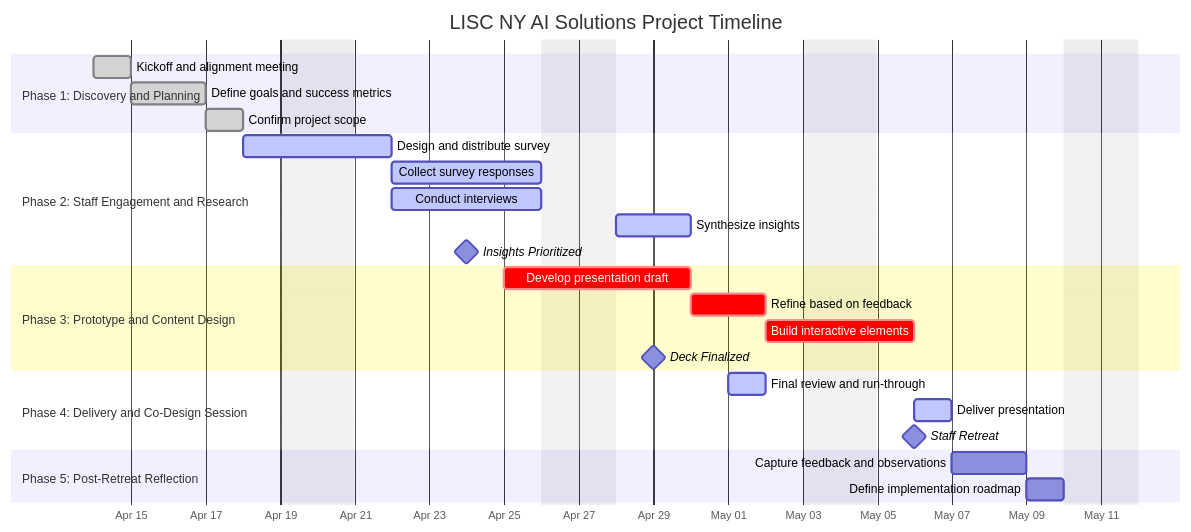
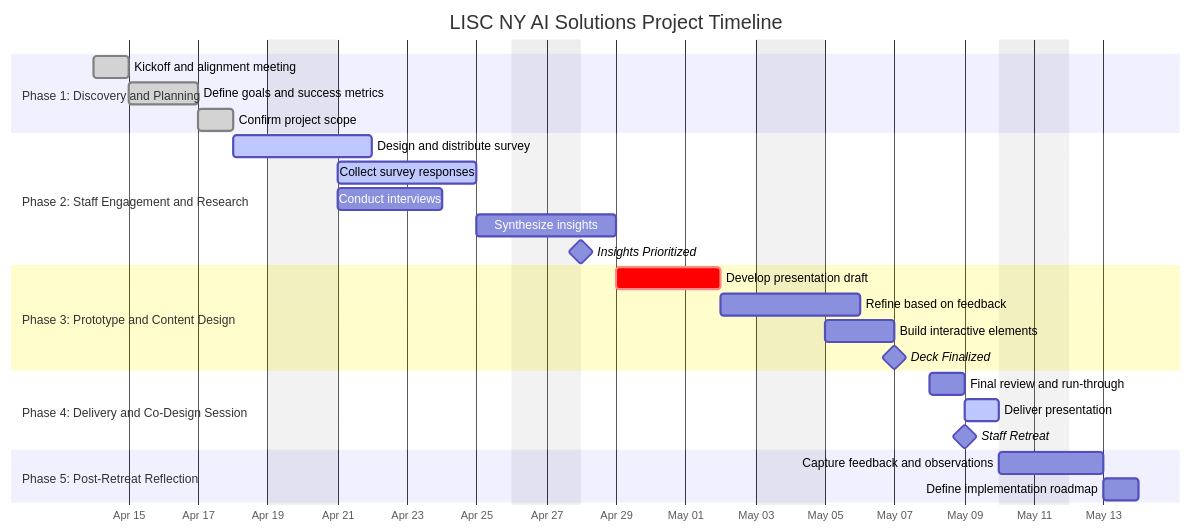
The diagram in docs/LISC_NY_AI_Project_Plan_HighLevel.md (jsaintfleur5/Nonprofit-AI-Platform-Analysis-), drawn with Mermaid before and after one commit.

````diff
--- a/docs/LISC_NY_AI_Project_Plan_HighLevel.md
+++ b/docs/LISC_NY_AI_Project_Plan_HighLevel.md
@@ -37,36 +37,35 @@
 ```mermaid
 gantt
     title LISC NY AI Solutions Project Timeline
     dateFormat  YYYY-MM-DD
     axisFormat  %b %d
     excludes    weekends
 
     section Phase 1: Discovery and Planning
     Kickoff and alignment meeting     :done, 2025-04-14, 1d
-    Define goals and success metrics  :done, after a1, 2d
-    Confirm project scope             :done, after a2, 1d
+    Define goals and success metrics  :done, 2025-04-15, 2d
+    Confirm project scope             :done, 2025-04-17, 1d
 
     section Phase 2: Staff Engagement and Research
     Design and distribute survey      :active, 2025-04-18, 2d
-    Collect survey responses          :active, after a4, 4d
-    Conduct interviews                :active, after a4, 4d
-    Synthesize insights               :active, after a5, 2d
-    Insights Prioritized              :milestone, 2025-04-24, 0d
+    Collect survey responses          :active, 2025-04-21, 4d
+    Conduct interviews                :2025-04-21, 3d
+    Synthesize insights               :2025-04-25, 2d
+    Insights Prioritized              :milestone, 2025-04-28, 0d
 
     section Phase 3: Prototype and Content Design
-    Develop presentation draft        :crit, 2025-04-25, 3d
-    Refine based on feedback          :crit, after a8, 2d
-    Build interactive elements        :crit, after a9, 2d
-    Deck Finalized                    :milestone, 2025-04-29, 0d
+    Develop presentation draft        :crit, 2025-04-29, 3d
+    Refine based on feedback          :2025-05-02, 2d
+    Build interactive elements        :2025-05-05, 2d
+    Deck Finalized                    :milestone, 2025-05-07, 0d
 
     section Phase 4: Delivery and Co-Design Session
-    Final review and run-through      :active, 2025-05-01, 1d
-    Deliver presentation              :active, 2025-05-06, 1d
-    Staff Retreat                     :milestone, 2025-05-06, 0d
+    Final review and run-through      :2025-05-08, 1d
+    Deliver presentation              :active, 2025-05-09, 1d
+    Staff Retreat                     :milestone, 2025-05-09, 0d
 
     section Phase 5: Post-Retreat Reflection
-    Capture feedback and observations :2025-05-07, 2d
-    Define implementation roadmap     :2025-05-09, 1d
-
+    Capture feedback and observations :2025-05-10, 2d
+    Define implementation roadmap     :2025-05-13, 1d
 
 ```
````
